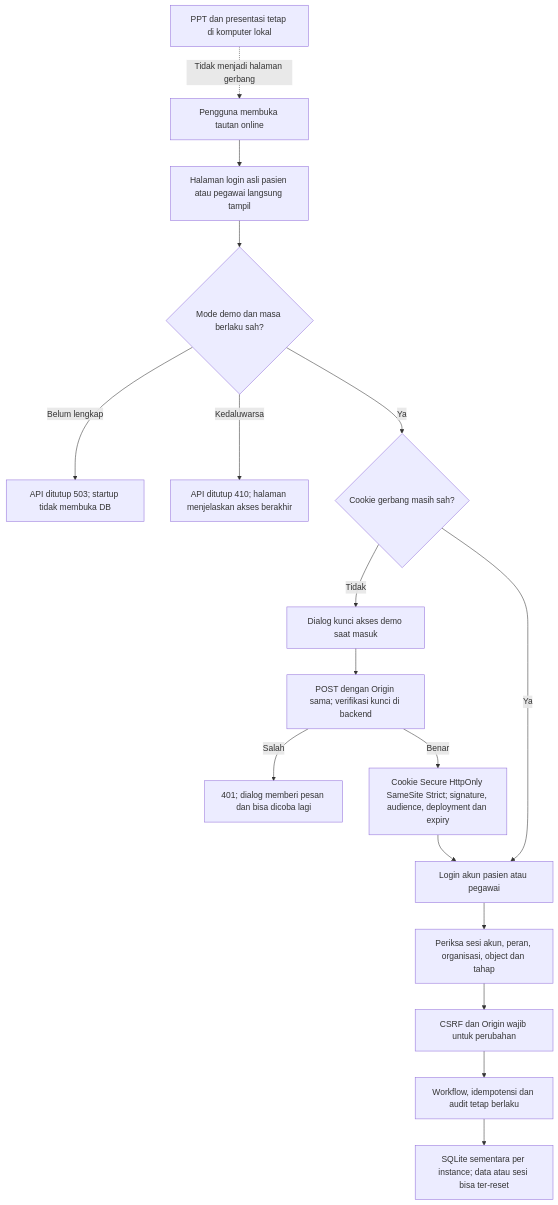
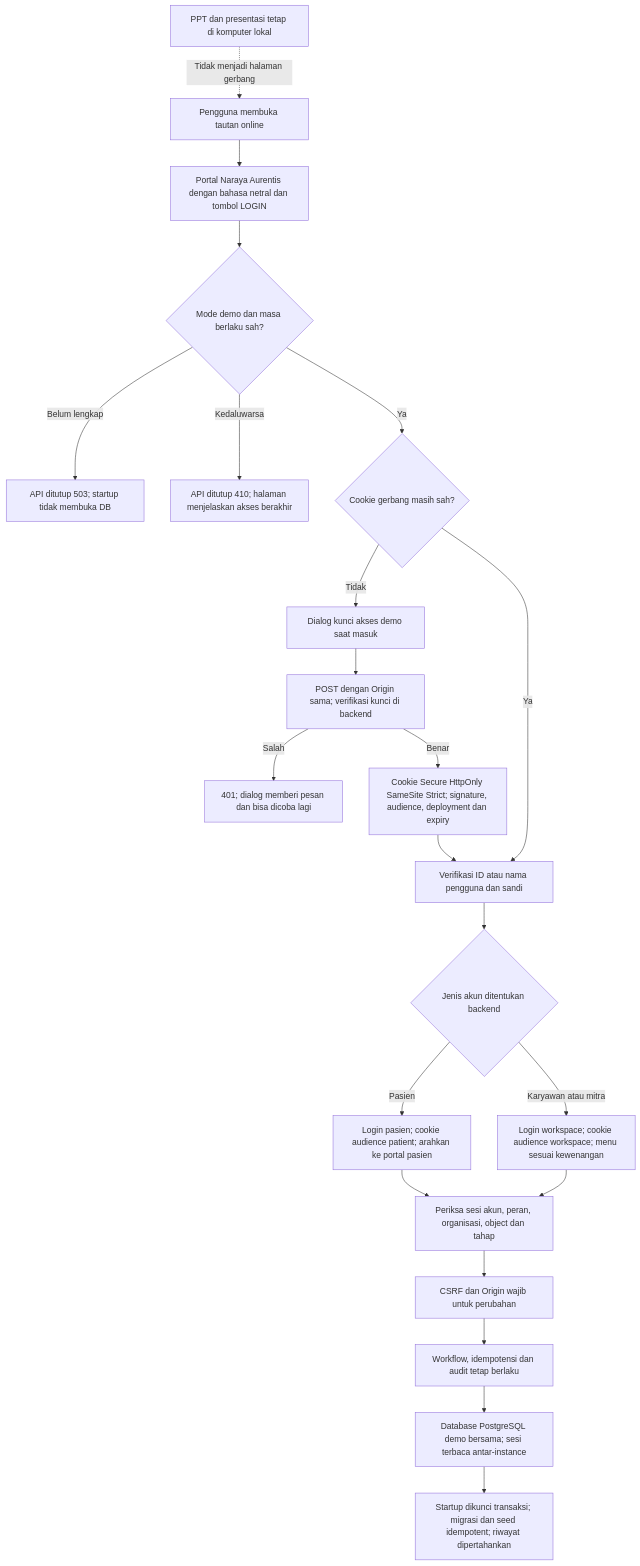
The diagram in docs/TEMPORARY_ONLINE_DEMO_FLOW.mmd (Kikumpum/NARAYA-AURENTIS-MONOLITHIC), drawn with Mermaid before and after one commit. The commit also changed 18 other files, not shown here.

Commit message:
Fix online demo sessions with shared PostgreSQL and neutral portal login

```diff
--- a/docs/TEMPORARY_ONLINE_DEMO_FLOW.mmd
+++ b/docs/TEMPORARY_ONLINE_DEMO_FLOW.mmd
@@ -1,17 +1,22 @@
 flowchart TD
-    H[Pengguna membuka tautan online] --> L[Halaman login asli pasien atau pegawai langsung tampil]
+    H[Pengguna membuka tautan online] --> L[Portal Naraya Aurentis dengan bahasa netral dan tombol LOGIN]
     L --> C{Mode demo dan masa berlaku sah?}
     C -->|Belum lengkap| U[API ditutup 503; startup tidak membuka DB]
     C -->|Kedaluwarsa| E[API ditutup 410; halaman menjelaskan akses berakhir]
     C -->|Ya| G{Cookie gerbang masih sah?}
     G -->|Tidak| K[Dialog kunci akses demo saat masuk]
     K --> O[POST dengan Origin sama; verifikasi kunci di backend]
     O -->|Salah| X[401; dialog memberi pesan dan bisa dicoba lagi]
     O -->|Benar| T[Cookie Secure HttpOnly SameSite Strict; signature, audience, deployment dan expiry]
-    G -->|Ya| A[Login akun pasien atau pegawai]
+    G -->|Ya| A[Verifikasi ID atau nama pengguna dan sandi]
     T --> A
-    A --> R[Periksa sesi akun, peran, organisasi, object dan tahap]
+    A --> P1{Jenis akun ditentukan backend}
+    P1 -->|Pasien| P2[Login pasien; cookie audience patient; arahkan ke portal pasien]
+    P1 -->|Karyawan atau mitra| P3[Login workspace; cookie audience workspace; menu sesuai kewenangan]
+    P2 --> R[Periksa sesi akun, peran, organisasi, object dan tahap]
+    P3 --> R
     R --> S[CSRF dan Origin wajib untuk perubahan]
     S --> W[Workflow, idempotensi dan audit tetap berlaku]
-    W --> D[SQLite sementara per instance; data atau sesi bisa ter-reset]
+    W --> D[Database PostgreSQL demo bersama; sesi terbaca antar-instance]
+    D --> B[Startup dikunci transaksi; migrasi dan seed idempotent; riwayat dipertahankan]
     P[PPT dan presentasi tetap di komputer lokal] -. Tidak menjadi halaman gerbang .-> H
```
